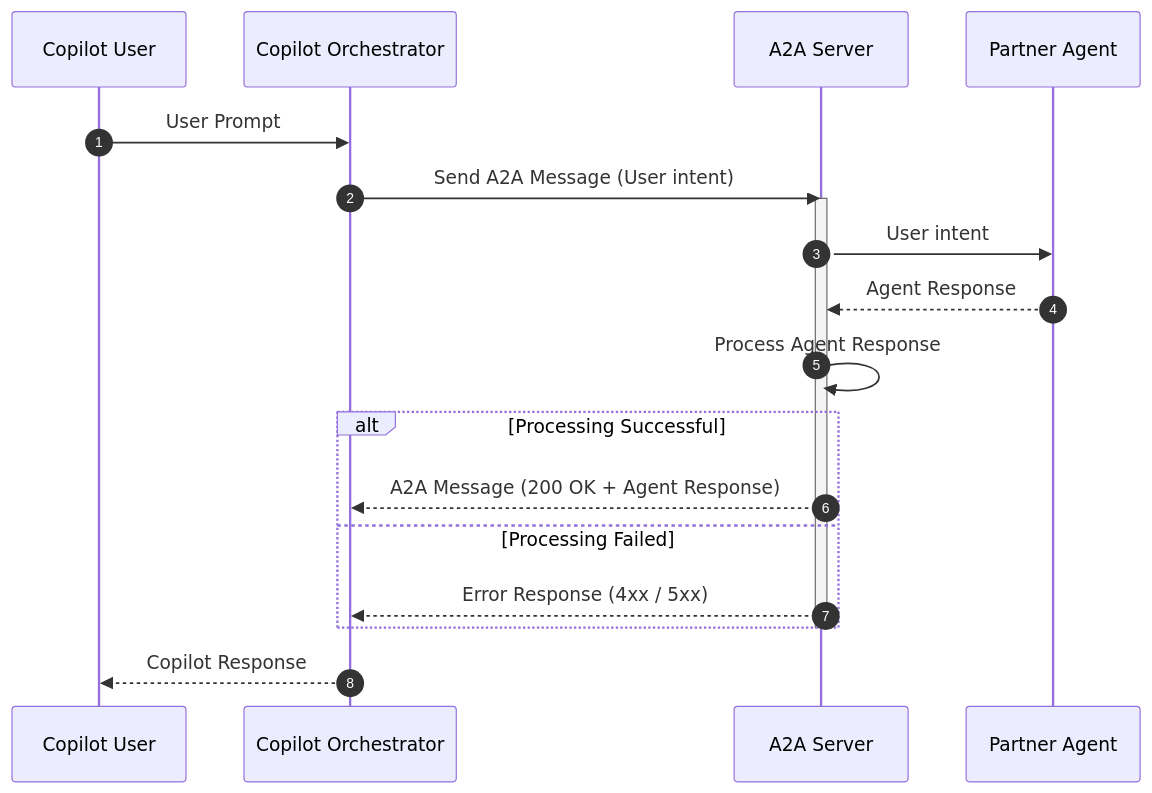
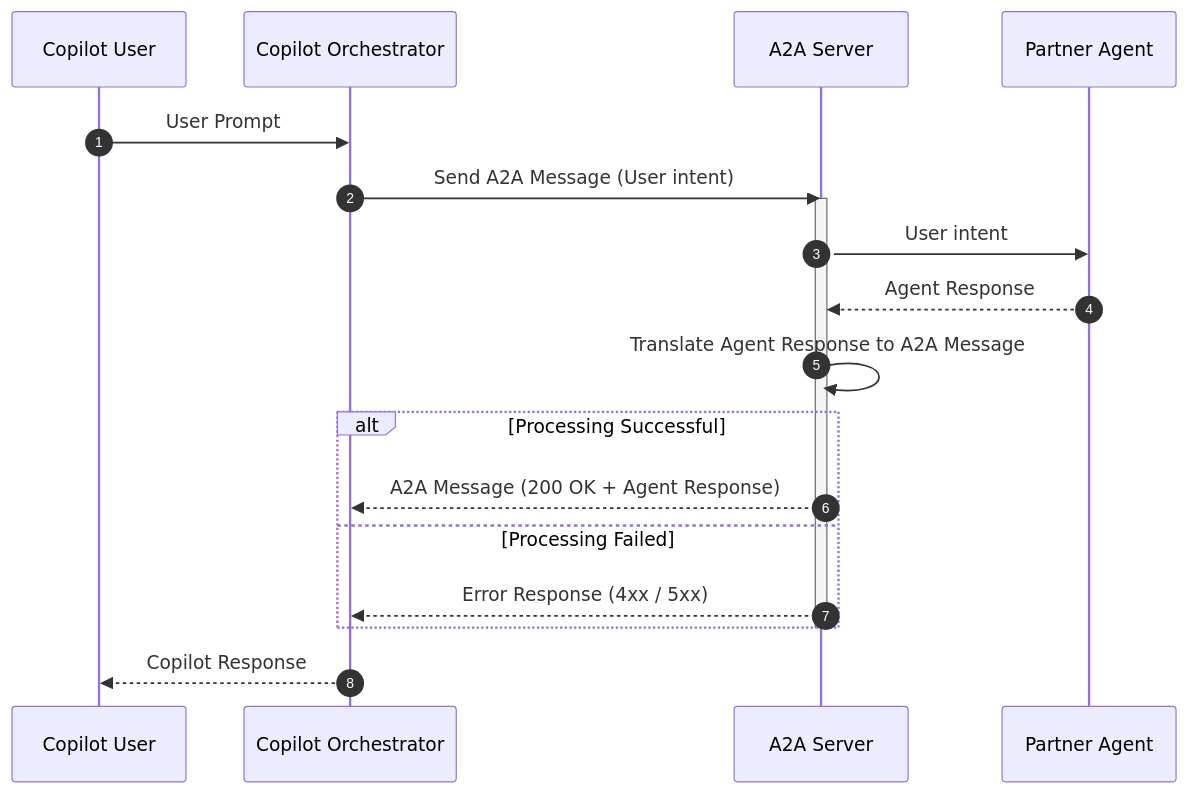
One commit to venu-sivanadham/AzSAzureCopilotDemo changed the first of 3 diagrams in A2ACommunication.md. Above: the diagram before and after it, drawn with Mermaid. The commit also changed other lines of this file, not shown here.

Commit message:
updated the diagram

````diff
--- a/A2ACommunication.md
+++ b/A2ACommunication.md
@@ -5,28 +7,28 @@
 ```mermaid
 sequenceDiagram
     autonumber
     participant User as Copilot User
     participant Client as Copilot Orchestrator
     participant Server as A2A Server
     participant Agent as Partner Agent
 
     User->>Client: User Prompt
 
     Client->>Server: Send A2A Message (User intent)
     
     activate Server
     Server->>Agent: User intent
     Agent-->>Server: Agent Response
     
-    Server->>Server: Process Agent Response
+    Server->>Server: Translate Agent Response to A2A Message
 
     alt Processing Successful
         Server-->>Client: A2A Message (200 OK + Agent Response)
     else Processing Failed
         Server-->>Client: Error Response (4xx / 5xx)
     end
 
     deactivate Server
 
     Client-->>User: Copilot Response
 ```
````
